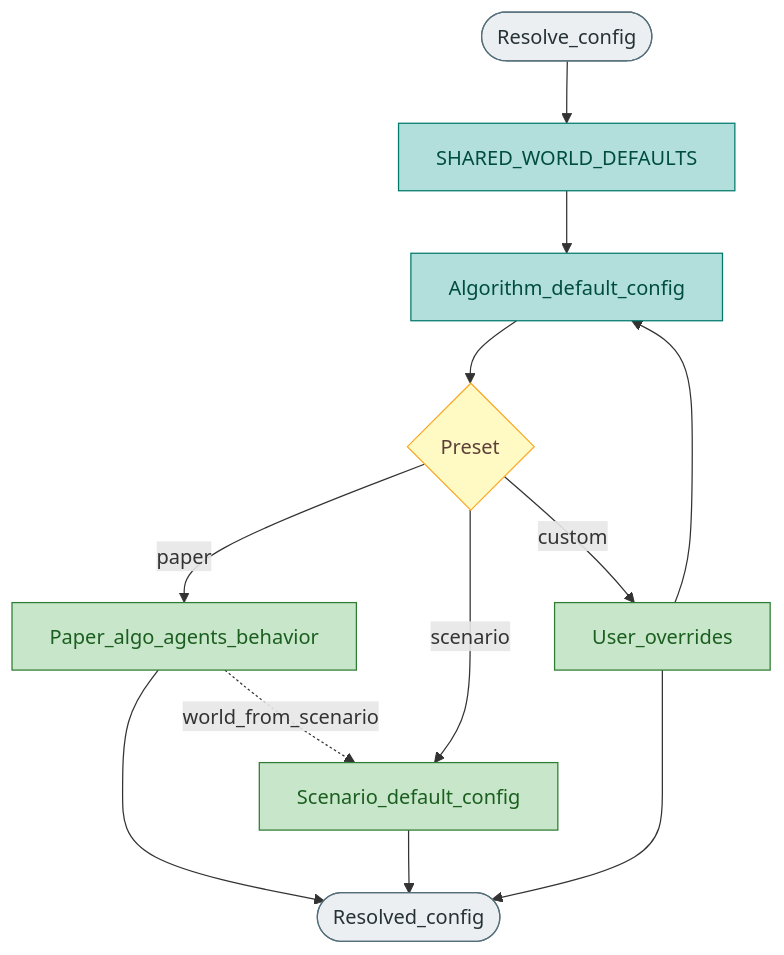
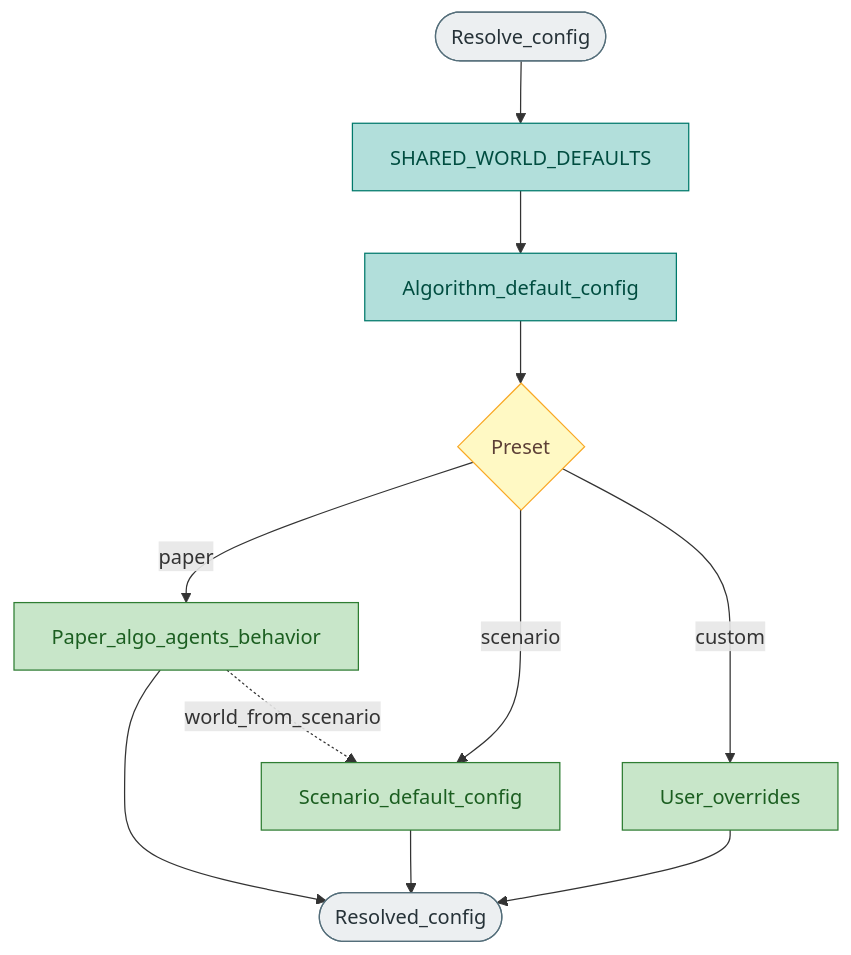
Before and after one commit to lykimq/HerdSim: the diagram in docs/developer/config_and_presets.md, drawn with Mermaid. The commit also changed other lines of this file and 418 other files, not shown here.

````diff
--- a/docs/developer/config_and_presets.md
+++ b/docs/developer/config_and_presets.md
@@ -5,31 +7,27 @@
 ```mermaid
 flowchart TD
   startNode([Resolve_config])
   shared[SHARED_WORLD_DEFAULTS]
   algo[Algorithm_default_config]
   scenQ{Preset}
   paper[Paper_algo_agents_behavior]
   scen[Scenario_default_config]
   custom[User_overrides]
   out([Resolved_config])
 
   startNode --> shared --> algo --> scenQ
   scenQ -->|paper| paper --> out
   scenQ -->|scenario| scen --> out
   scenQ -->|custom| custom --> out
   paper -.->|world_from_scenario| scen
-  custom --> algo
 
-  classDef ui fill:#cfe2f3,stroke:#1565c0,color:#0d47a1
   classDef wiring fill:#b2dfdb,stroke:#00796b,color:#004d40
   classDef domain fill:#c8e6c9,stroke:#2e7d32,color:#1b5e20
-  classDef shared fill:#e1bee7,stroke:#7b1fa2,color:#4a148c
-  classDef transport fill:#ffe0b2,stroke:#ef6c00,color:#e65100
   classDef question fill:#fff9c4,stroke:#f9a825,color:#5d4037
   classDef start fill:#eceff1,stroke:#546e7a,color:#263238
 
   class startNode,out start
   class shared,algo wiring
   class paper,scen,custom domain
   class scenQ question
 ```
````
